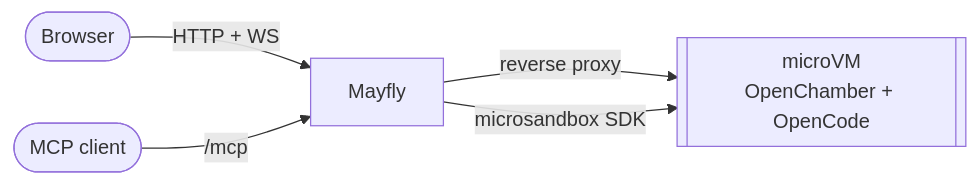
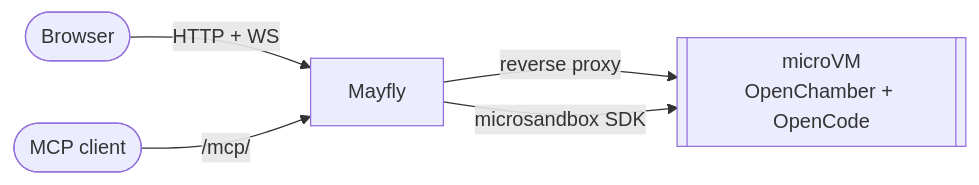
Before and after one commit to Th3R3alDuk3/Mayfly: the diagram in README.md, drawn with Mermaid. The commit also changed other lines of this file, not shown here.

First line of the commit message:
README: fix MCP URL, reorder setup, describe the sandbox/ files

````diff
--- a/README.md
+++ b/README.md
@@ -19,7 +19,7 @@
 ```mermaid
 flowchart LR
   B([Browser]) -- HTTP + WS --> A[Mayfly]
-  M([MCP client]) -- /mcp --> A
+  M([MCP client]) -- /mcp/ --> A
   A -- reverse proxy --> V[[microVM<br/>OpenChamber + OpenCode]]
   A -- microsandbox SDK --> V
 ```
````
